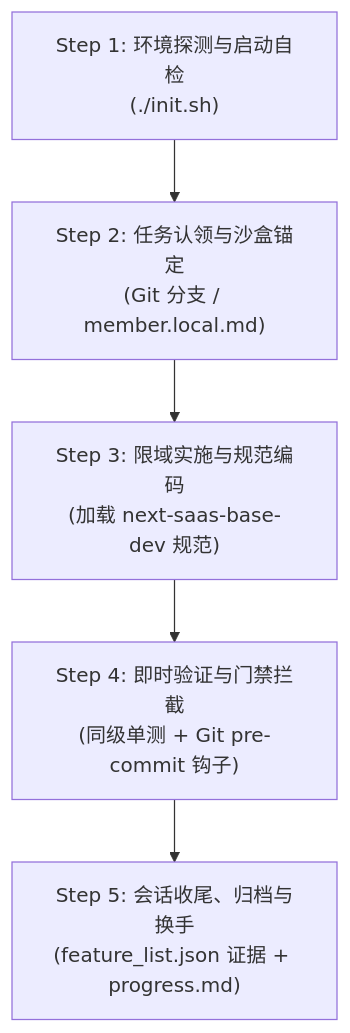
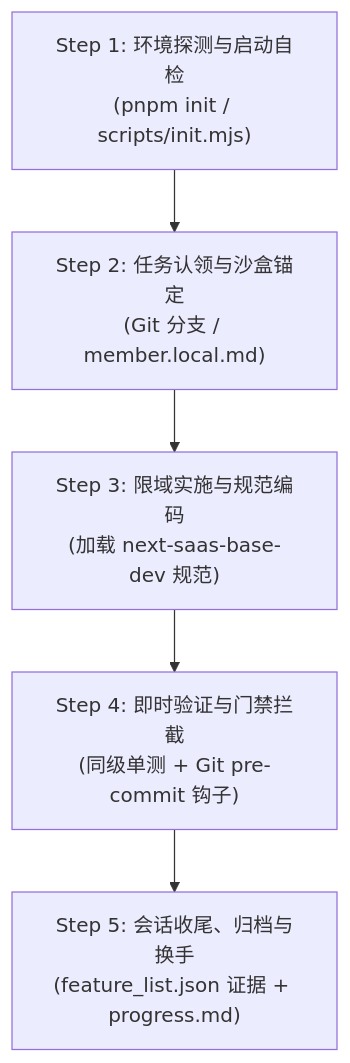
The diagram in docs/collaboration/agent-development-workflow.md (leohu25/ActivityReservation), drawn with Mermaid before and after one commit. The commit also changed other lines of this file and 20 other files, not shown here.

````diff
--- a/docs/collaboration/agent-development-workflow.md
+++ b/docs/collaboration/agent-development-workflow.md
@@ -33,7 +33,7 @@
 ```mermaid
 flowchart TD
-    Step1["Step 1: 环境探测与启动自检<br>(./init.sh)"] --> Step2["Step 2: 任务认领与沙盒锚定<br>(Git 分支 / member.local.md)"]
+    Step1["Step 1: 环境探测与启动自检<br>(pnpm init / scripts/init.mjs)"] --> Step2["Step 2: 任务认领与沙盒锚定<br>(Git 分支 / member.local.md)"]
     Step2 --> Step3["Step 3: 限域实施与规范编码<br>(加载 next-saas-base-dev 规范)"]
     Step3 --> Step4["Step 4: 即时验证与门禁拦截<br>(同级单测 + Git pre-commit 钩子)"]
     Step4 --> Step5["Step 5: 会话收尾、归档与换手<br>(feature_list.json 证据 + progress.md)"]
 ```
````
